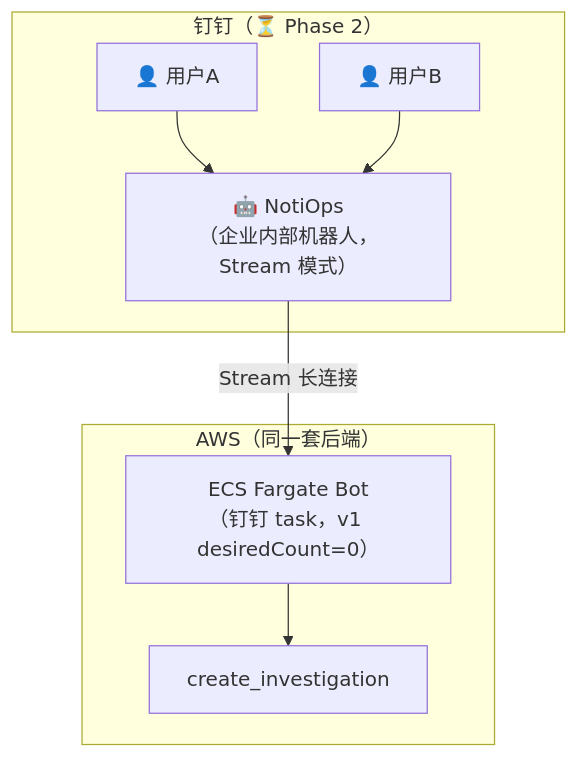
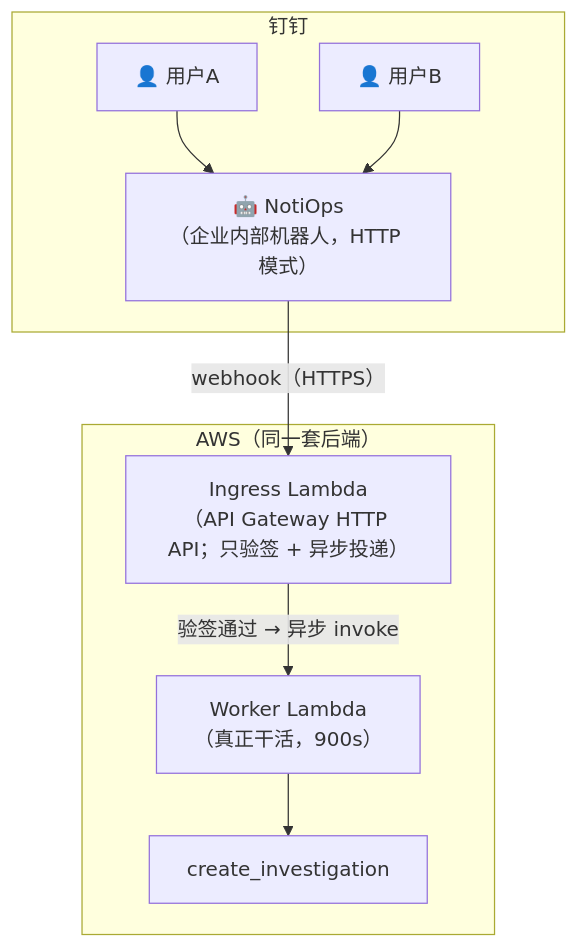
One commit to aws-samples/sample-notiops changed the sixth of 7 diagrams in docs/im-bot-interaction.md. Above: the diagram before and after it, drawn with Mermaid. The commit also changed other lines of this file and 181 other files, not shown here.

First line of the commit message:
release: NotiOps v1.0.28

````diff
--- a/docs/im-bot-interaction.md
+++ b/docs/im-bot-interaction.md
@@ -161,16 +161,18 @@
 ```mermaid
 graph TB
-    subgraph DingTalk["钉钉（⏳ Phase 2）"]
-        DBot["🤖 NotiOps<br/>（企业内部机器人，Stream 模式）"]
+    subgraph DingTalk["钉钉"]
+        DBot["🤖 NotiOps<br/>（企业内部机器人，HTTP 模式）"]
         DUser1["👤 用户A"] --> DBot
         DUser2["👤 用户B"] --> DBot
     end
 
     subgraph AWS2["AWS（同一套后端）"]
-        DECS["ECS Fargate Bot<br/>（钉钉 task，v1 desiredCount=0）"]
+        DIngress["Ingress Lambda<br/>（API Gateway HTTP API；只验签 + 异步投递）"]
+        DWorker["Worker Lambda<br/>（真正干活，900s）"]
         DInvestigate["create_investigation"]
     end
 
-    DBot -->|Stream 长连接| DECS
-    DECS --> DInvestigate
+    DBot -->|"webhook（HTTPS）"| DIngress
+    DIngress -->|"验签通过 → 异步 invoke"| DWorker
+    DWorker --> DInvestigate
 ```
````
